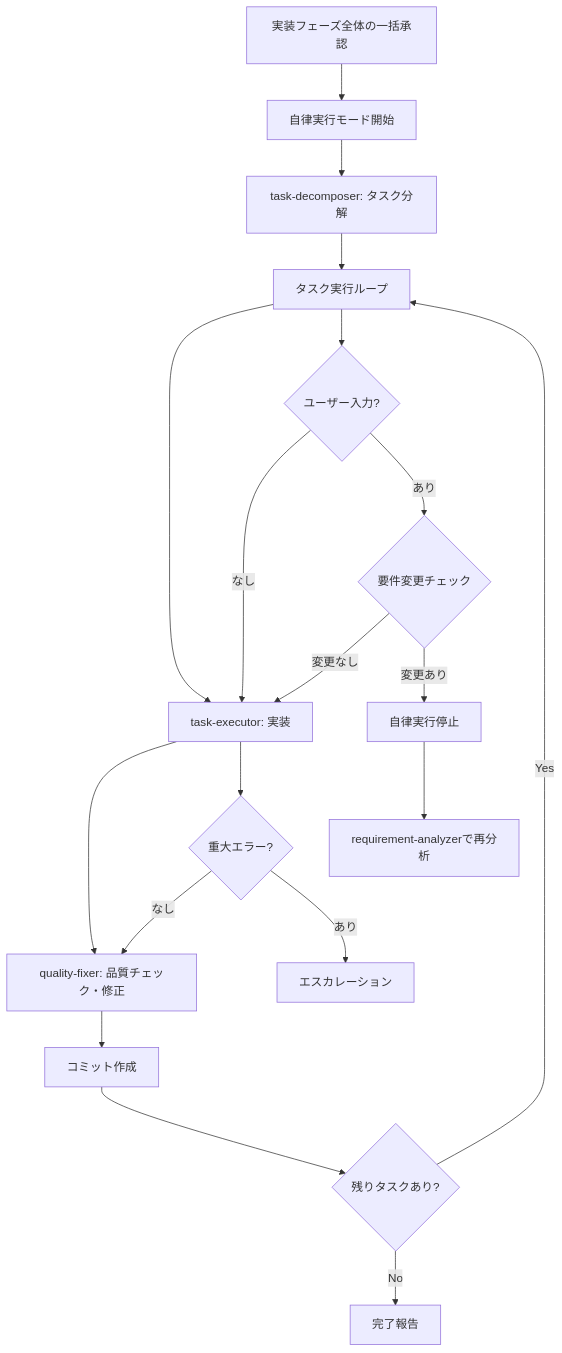
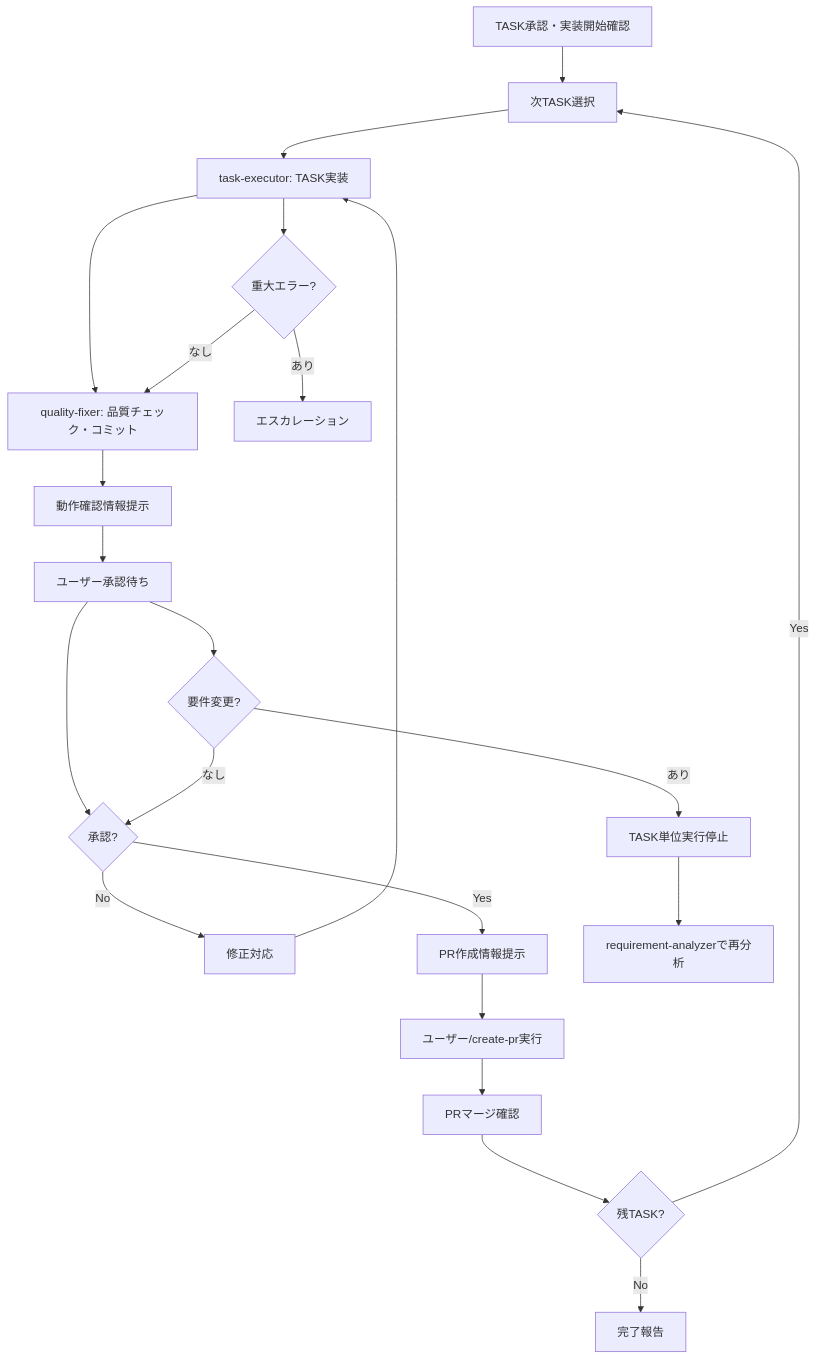
One commit to atsushi-h/web-native-monorepo-template changed the third of 3 diagrams in docs/rules/sub-agents.md. Above: the diagram before and after it, drawn with Mermaid. The commit also changed other lines of this file and 7 other files, not shown here.

````diff
--- a/docs/rules/sub-agents.md
+++ b/docs/rules/sub-agents.md
@@ -269,23 +273,26 @@
 ```mermaid
 graph TD
-    START[実装フェーズ全体の一括承認] --> AUTO[自律実行モード開始]
-    AUTO --> TD[task-decomposer: タスク分解]
-    TD --> LOOP[タスク実行ループ]
-    LOOP --> TE[task-executor: 実装]
-    TE --> QF[quality-fixer: 品質チェック・修正]
-    QF --> COMMIT[コミット作成]
-    COMMIT --> CHECK{残りタスクあり?}
-    CHECK -->|Yes| LOOP
-    CHECK -->|No| REPORT[完了報告]
+    START[TASK承認・実装開始確認] --> NEXT[次TASK選択]
+    NEXT --> TE[task-executor: TASK実装]
+    TE --> QF[quality-fixer: 品質チェック・コミット]
+    QF --> DEMO[動作確認情報提示]
+    DEMO --> WAIT[ユーザー承認待ち]
+    WAIT --> APPROVE{承認?}
+    APPROVE -->|No| FIX[修正対応]
+    FIX --> TE
+    APPROVE -->|Yes| PRINFO[PR作成情報提示]
+    PRINFO --> PRCREATE[ユーザー/create-pr実行]
+    PRCREATE --> MERGE[PRマージ確認]
+    MERGE --> CHECK{残TASK?}
+    CHECK -->|Yes| NEXT
+    CHECK -->|No| COMPLETE[完了報告]
     
-    LOOP --> INTERRUPT{ユーザー入力?}
-    INTERRUPT -->|なし| TE
-    INTERRUPT -->|あり| REQCHECK{要件変更チェック}
-    REQCHECK -->|変更なし| TE
-    REQCHECK -->|変更あり| STOP[自律実行停止]
+    WAIT --> INTERRUPT{要件変更?}
+    INTERRUPT -->|なし| APPROVE
+    INTERRUPT -->|あり| STOP[TASK単位実行停止]
     STOP --> RA[requirement-analyzerで再分析]
     
     TE --> ERROR{重大エラー?}
     ERROR -->|なし| QF
     ERROR -->|あり| ESC[エスカレーション]
 ```
````
